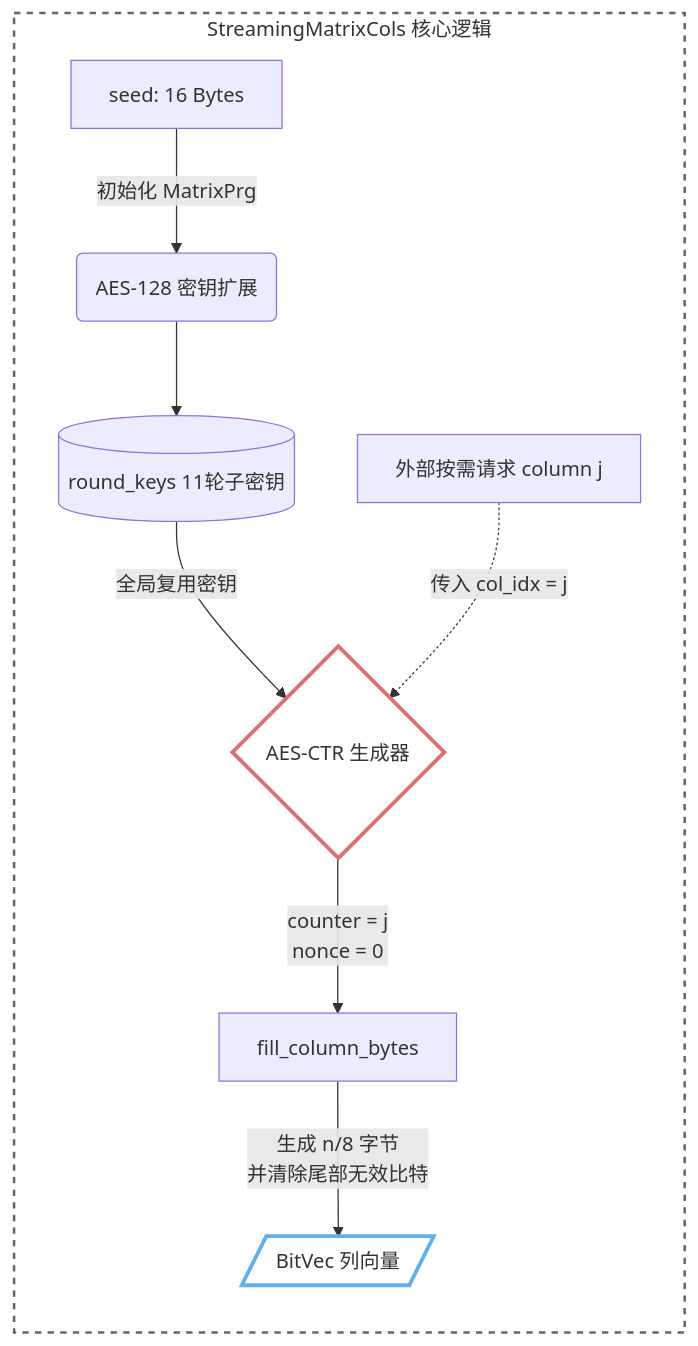
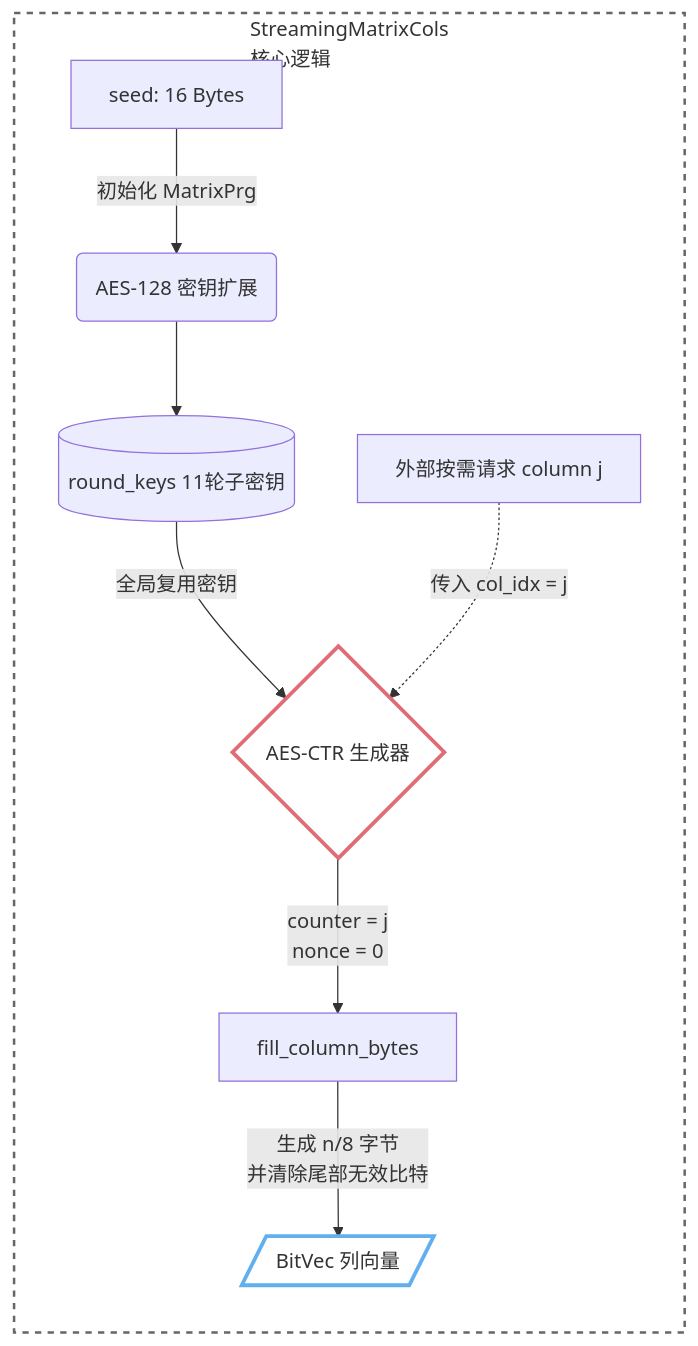
One commit to coperlm/CodeBasedZKPwithVOLEitH_README changed the diagram in src/1_底层数学与矩阵运算.md. Above: the diagram before and after it, drawn with Mermaid. The commit also changed other lines of this file and 9 other files, not shown here.

Commit message:
修改mermaid等格式

````diff
--- a/src/1_底层数学与矩阵运算.md
+++ b/src/1_底层数学与矩阵运算.md
@@ -72,15 +72,15 @@
 ```mermaid
 graph TD
-    subgraph SMC [StreamingMatrixCols 核心逻辑]
+    subgraph SMC [StreamingMatrixCols<br>核心逻辑]
         direction TB
         A[seed: 16 Bytes] -->|初始化 MatrixPrg| B(AES-128 密钥扩展)
         B --> C[(round_keys 11轮子密钥)]
         C -->|全局复用密钥| E{AES-CTR 生成器}
         Req[外部按需请求 column j] -.->|传入 col_idx = j| E
         E --> |"counter = j<br>nonce = 0"| F[fill_column_bytes]
         F -->|生成 n/8 字节<br>并清除尾部无效比特| G[/BitVec 列向量/]
     end
     style SMC fill:none,stroke:#666,stroke-width:2px,stroke-dasharray:5,5
     style E fill:none,stroke:#e06c75,stroke-width:3px
     style G fill:none,stroke:#61afef,stroke-width:3px
 ```
````
